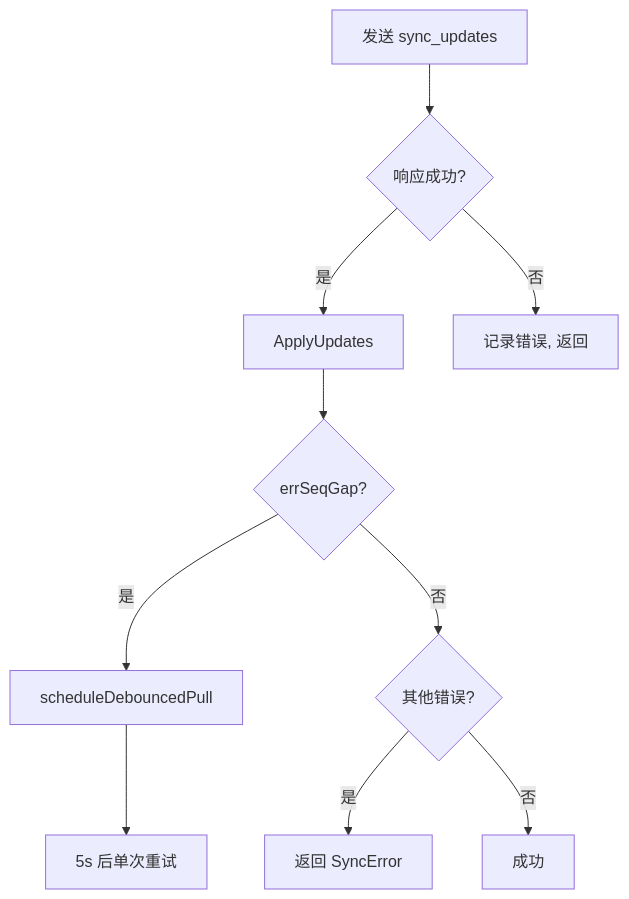
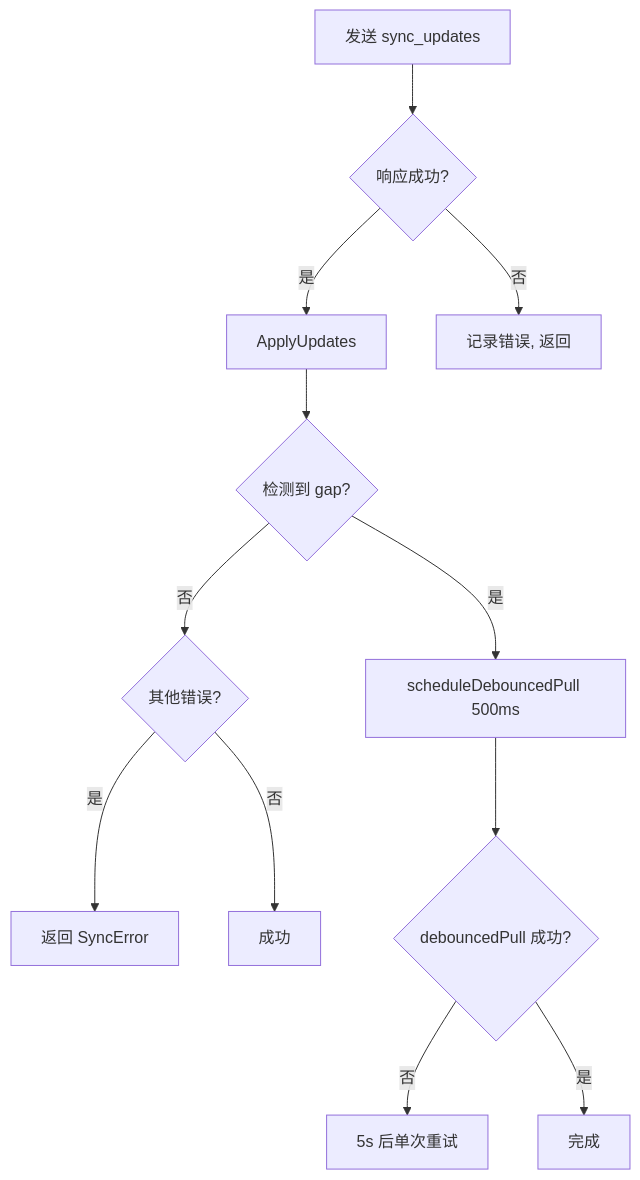
One commit to PineappleBond/xyncra-server changed the tenth of 12 diagrams in wiki/flows/sync-updates.md. Above: the diagram before and after it, drawn with Mermaid. The commit also changed other lines of this file and 22 other files, not shown here.

````diff
--- a/wiki/flows/sync-updates.md
+++ b/wiki/flows/sync-updates.md
@@ -336,12 +336,14 @@
 ```mermaid
 flowchart TD
     A[发送 sync_updates] --> B{响应成功?}
     B -->|是| C[ApplyUpdates]
     B -->|否| D[记录错误, 返回]
-    C --> E{errSeqGap?}
-    E -->|是| F[scheduleDebouncedPull]
+    C --> E{检测到 gap?}
+    E -->|是| F[scheduleDebouncedPull 500ms]
     E -->|否| G{其他错误?}
     G -->|是| H[返回 SyncError]
     G -->|否| I[成功]
-    F --> J[5s 后单次重试]
+    F --> J{debouncedPull 成功?}
+    J -->|否| K[5s 后单次重试]
+    J -->|是| L[完成]
 ```
````
